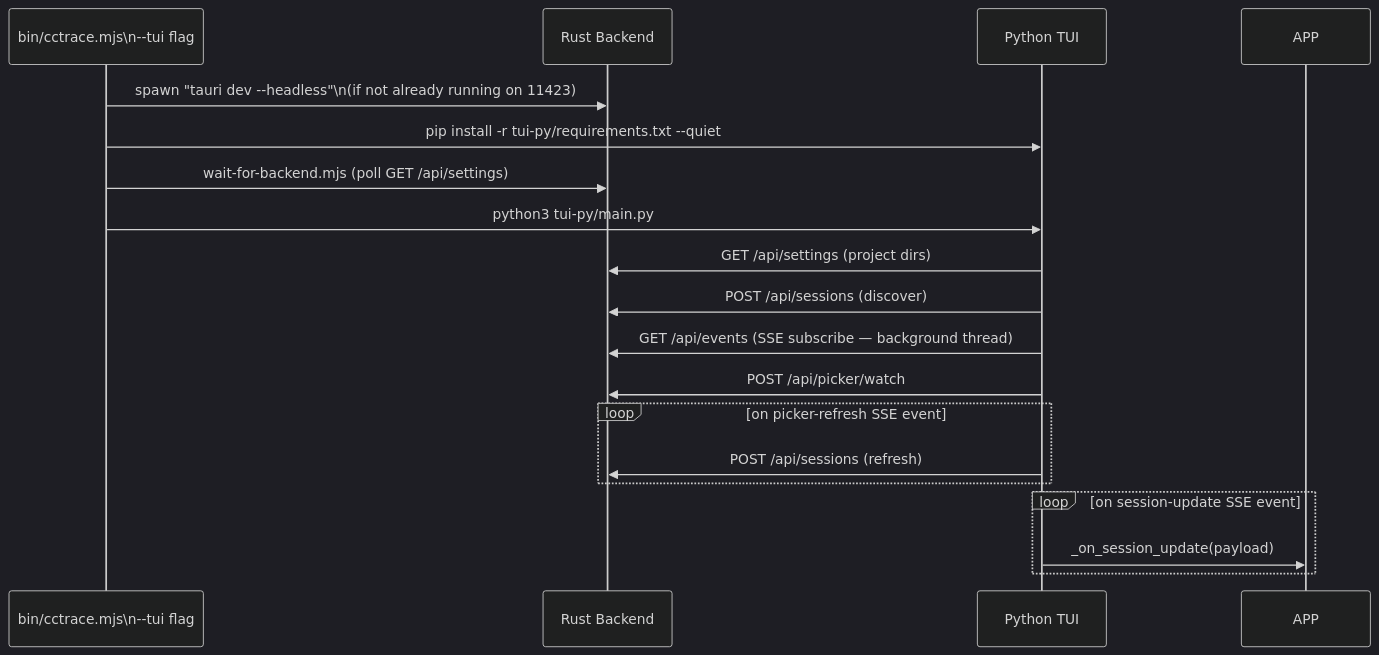
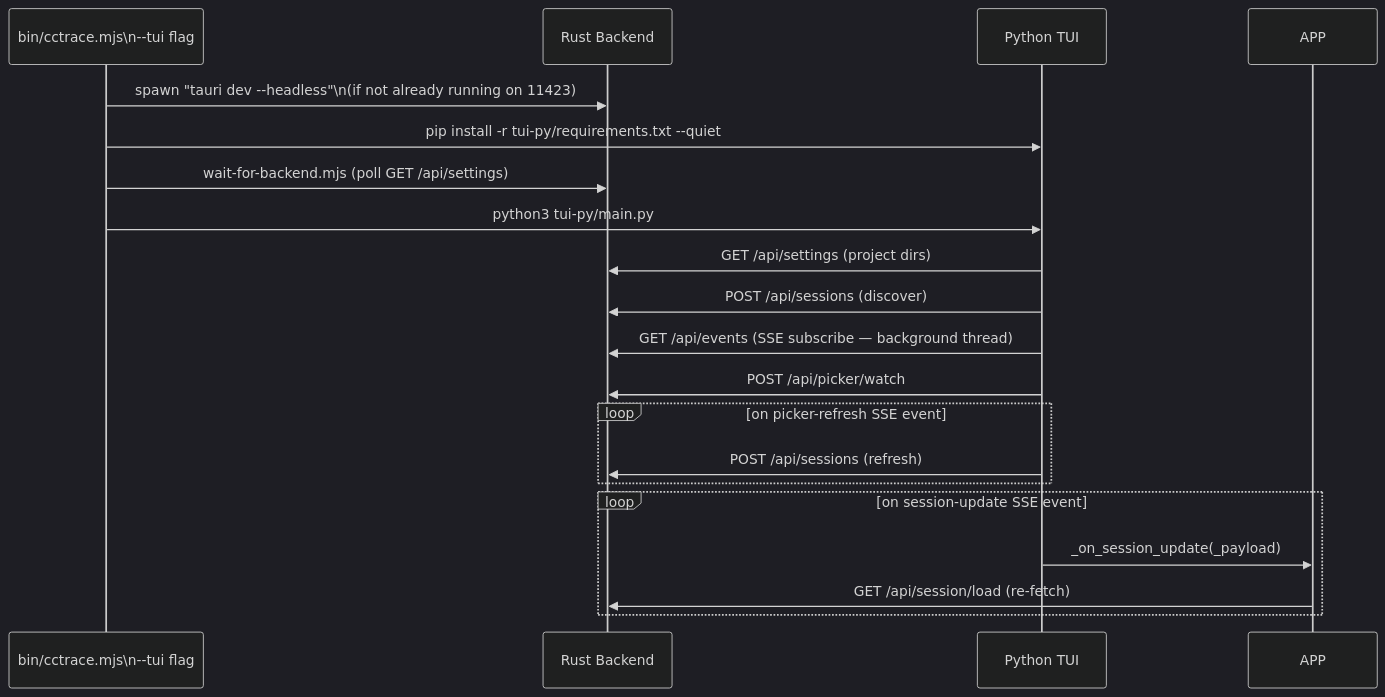
The second of 11 diagrams in specs/06-tui.md (delexw/claude-code-trace), drawn with Mermaid (dark theme) before and after one commit. The commit also changed other lines of this file and 14 other files, not shown here.

````diff
--- a/specs/06-tui.md
+++ b/specs/06-tui.md
@@ -44,24 +44,25 @@
 ```mermaid
 sequenceDiagram
     participant BIN as bin/cctrace.mjs\n--tui flag
     participant BE as Rust Backend
     participant TUI as Python TUI
 
     BIN ->> BE: spawn "tauri dev --headless"\n(if not already running on 11423)
     BIN ->> TUI: pip install -r tui-py/requirements.txt --quiet
     BIN ->> BE: wait-for-backend.mjs (poll GET /api/settings)
     BIN ->> TUI: python3 tui-py/main.py
 
     TUI ->> BE: GET /api/settings (project dirs)
     TUI ->> BE: POST /api/sessions (discover)
     TUI ->> BE: GET /api/events (SSE subscribe — background thread)
     TUI ->> BE: POST /api/picker/watch
 
     loop on picker-refresh SSE event
         TUI ->> BE: POST /api/sessions (refresh)
     end
 
     loop on session-update SSE event
-        TUI ->> APP: _on_session_update(payload)
+        TUI ->> APP: _on_session_update(_payload)
+        APP ->> BE: GET /api/session/load (re-fetch)
     end
 ```
````
